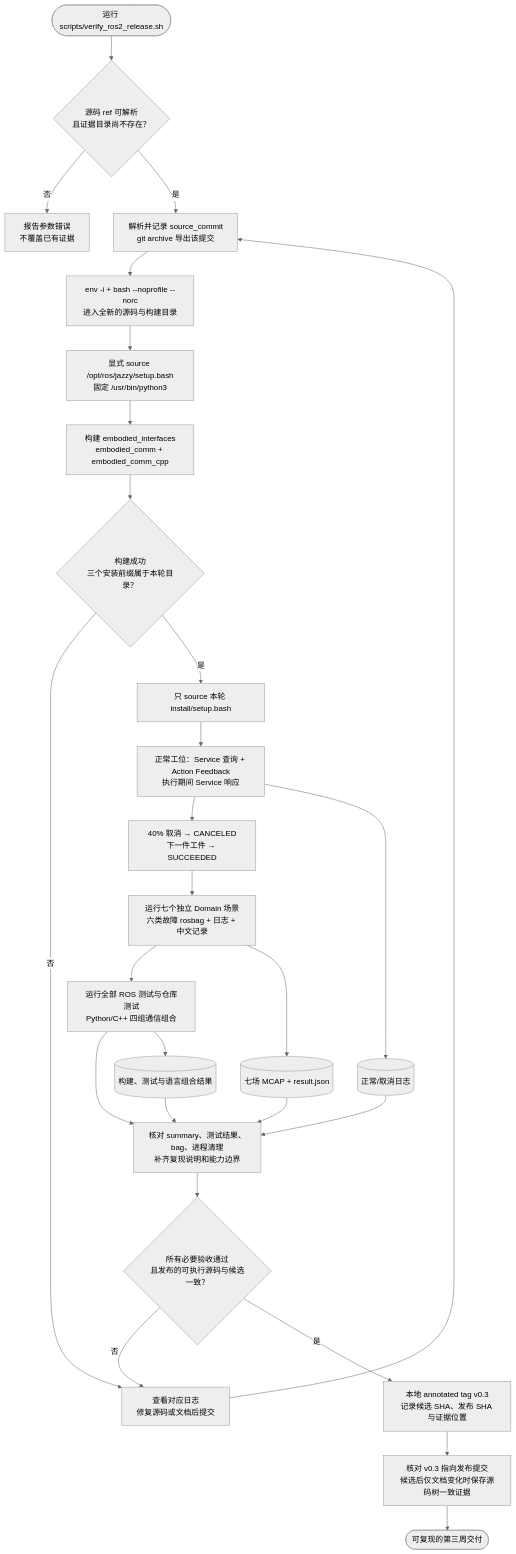
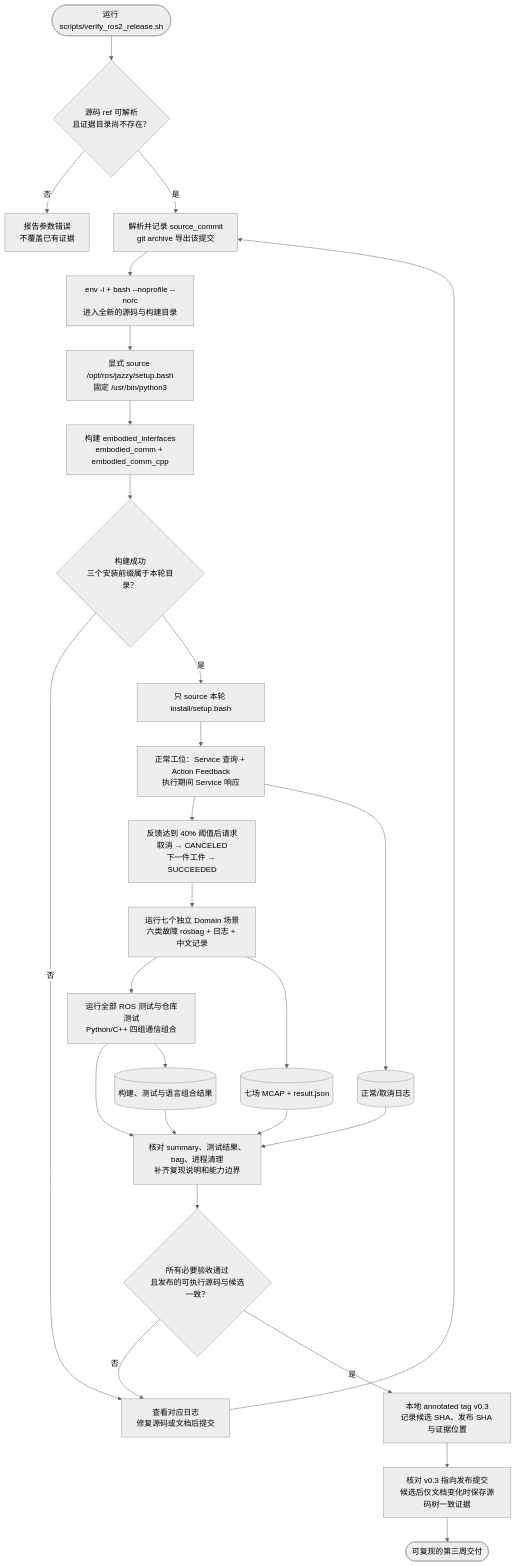
The diagram in docs/flowcharts/week03-day07-release.md (fatQ123/EmbodiedAgentLab), drawn with Mermaid (neutral theme) before and after one commit. The commit also changed other lines of this file and 4 other files, not shown here.

````diff
--- a/docs/flowcharts/week03-day07-release.md
+++ b/docs/flowcharts/week03-day07-release.md
@@ -5,30 +5,30 @@
 ```mermaid
 flowchart TB
     START(["运行 scripts/verify_ros2_release.sh"]) --> INPUT{"源码 ref 可解析<br/>且证据目录尚不存在？"}
     INPUT -- "否" --> ARGERR["报告参数错误<br/>不覆盖已有证据"]
     INPUT -- "是" --> PIN["解析并记录 source_commit<br/>git archive 导出该提交"]
     PIN --> FRESH["env -i + bash --noprofile --norc<br/>进入全新的源码与构建目录"]
     FRESH --> UNDERLAY["显式 source /opt/ros/jazzy/setup.bash<br/>固定 /usr/bin/python3"]
     UNDERLAY --> BUILD["构建 embodied_interfaces<br/>embodied_comm + embodied_comm_cpp"]
     BUILD --> BUILDCHECK{"构建成功<br/>三个安装前缀属于本轮目录？"}
     BUILDCHECK -- "否" --> FIX["查看对应日志<br/>修复源码或文档后提交"]
     BUILDCHECK -- "是" --> OVERLAY["只 source 本轮 install/setup.bash"]
     OVERLAY --> NORMAL["正常工位：Service 查询 + Action Feedback<br/>执行期间 Service 响应"]
-    NORMAL --> CANCEL["40% 取消 → CANCELED<br/>下一件工件 → SUCCEEDED"]
+    NORMAL --> CANCEL["反馈达到 40% 阈值后请求取消 → CANCELED<br/>下一件工件 → SUCCEEDED"]
     CANCEL --> FAULTS["运行七个独立 Domain 场景<br/>六类故障 rosbag + 日志 + 中文记录"]
     FAULTS --> REG["运行全部 ROS 测试与仓库测试<br/>Python/C++ 四组通信组合"]
     REG --> REVIEW["核对 summary、测试结果、bag、进程清理<br/>补齐复现说明和能力边界"]
     REVIEW --> GATE{"所有必要验收通过<br/>且发布的可执行源码与候选一致？"}
     GATE -- "否" --> FIX
     FIX --> PIN
     GATE -- "是" --> TAG["本地 annotated tag v0.3<br/>记录候选 SHA、发布 SHA 与证据位置"]
     TAG --> TAGCHECK["核对 v0.3 指向发布提交<br/>候选后仅文档变化时保存源码树一致证据"]
     TAGCHECK --> DONE(["可复现的第三周交付"])
 
     NORMAL --> LOGS[("正常/取消日志")]
     FAULTS --> BAGS[("七场 MCAP + result.json")]
     REG --> TESTLOGS[("构建、测试与语言组合结果")]
     LOGS --> REVIEW
     BAGS --> REVIEW
     TESTLOGS --> REVIEW
 ```
````
